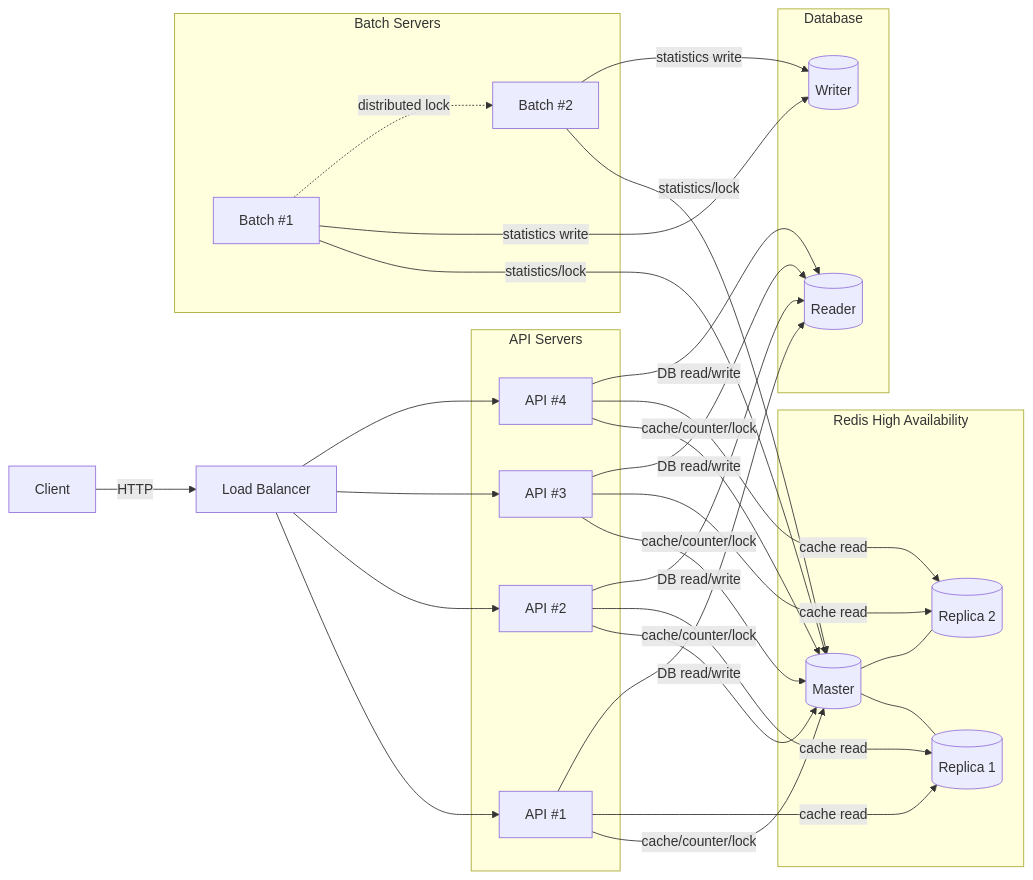
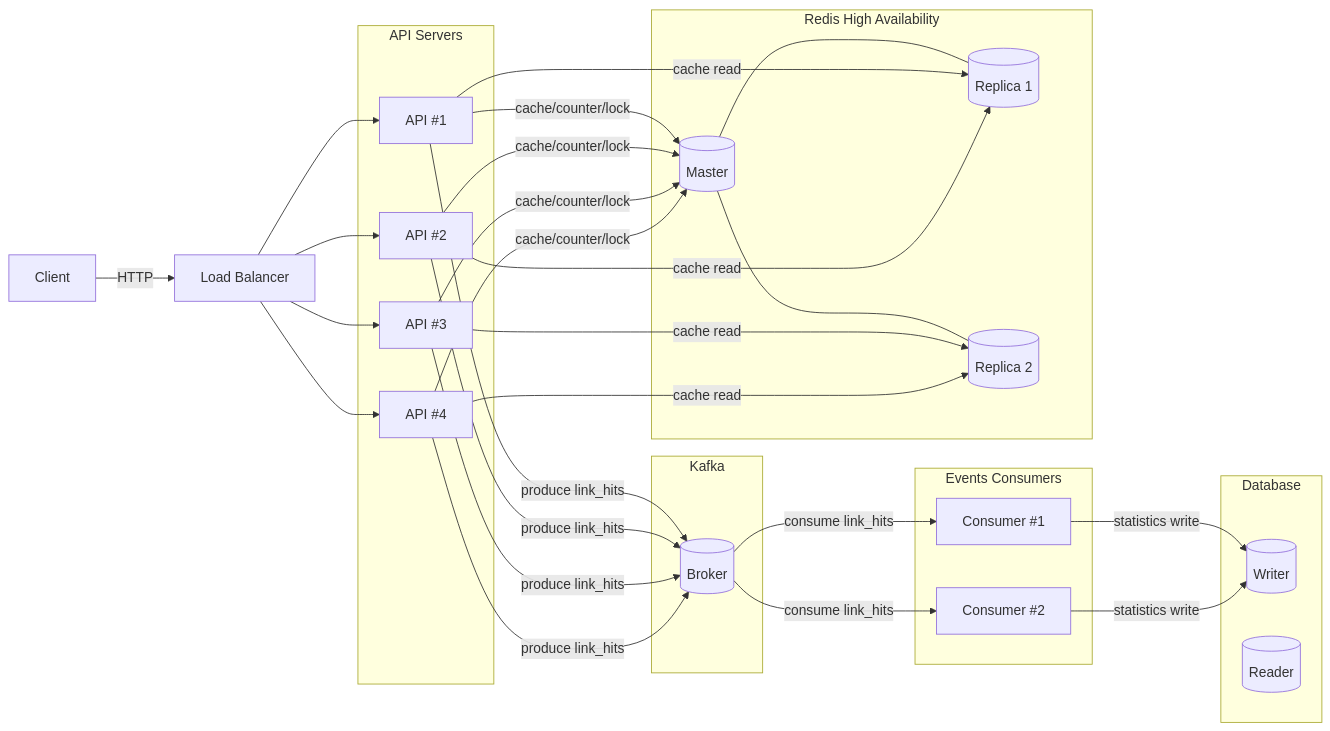
The diagram in BE/README.md (column-wise/ShortLink), drawn with Mermaid before and after one commit. The commit also changed other lines of this file, not shown here.

Commit message:
docs: Update architecture diagram to use Kafka events-consumer and keep HA targets

````diff
--- a/BE/README.md
+++ b/BE/README.md
@@ -86,60 +86,61 @@
 ```mermaid
 flowchart LR
   Client[Client]
   LB[Load Balancer]
 
   subgraph App[API Servers]
     A1[API #1]
     A2[API #2]
     A3[API #3]
     A4[API #4]
   end
 
-  subgraph Batch[Batch Servers]
-    B1[Batch #1]
-    B2[Batch #2]
+  subgraph Kafka[Kafka]
+    K[(Broker)]
+  end
+
+  subgraph Consumers[Events Consumers]
+    EC1[Consumer #1]
+    EC2[Consumer #2]
   end
 
   subgraph Redis[Redis High Availability]
     RM[(Master)]
     RR1[(Replica 1)]
     RR2[(Replica 2)]
     RM --- RR1
     RM --- RR2
   end
 
   subgraph DB[Database]
     DBW[(Writer)]
     DBR[(Reader)]
   end
 
   Client -->|HTTP| LB
   LB --> A1
   LB --> A2
   LB --> A3
   LB --> A4
 
   A1 -->|cache/counter/lock| RM
   A2 -->|cache/counter/lock| RM
   A3 -->|cache/counter/lock| RM
   A4 -->|cache/counter/lock| RM
 
   A1 -->|cache read| RR1
   A2 -->|cache read| RR1
   A3 -->|cache read| RR2
   A4 -->|cache read| RR2
 
-  B1 -->|statistics/lock| RM
-  B2 -->|statistics/lock| RM
+  A1 -->|produce link_hits| K
+  A2 -->|produce link_hits| K
+  A3 -->|produce link_hits| K
+  A4 -->|produce link_hits| K
 
-  A1 -->|DB read/write| DBR
-  A2 -->|DB read/write| DBR
-  A3 -->|DB read/write| DBR
-  A4 -->|DB read/write| DBR
+  K -->|consume link_hits| EC1
+  K -->|consume link_hits| EC2
 
-  B1 -->|statistics write| DBW
-  B2 -->|statistics write| DBW
-
-  B1 -.->|distributed lock| B2
-
+  EC1 -->|statistics write| DBW
+  EC2 -->|statistics write| DBW
 ```
````
